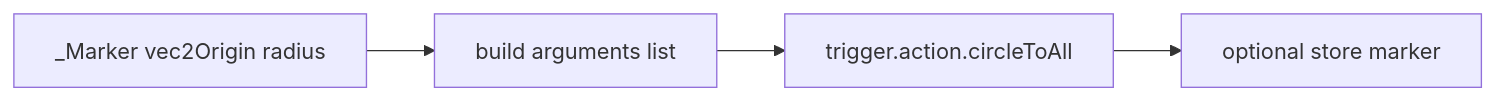
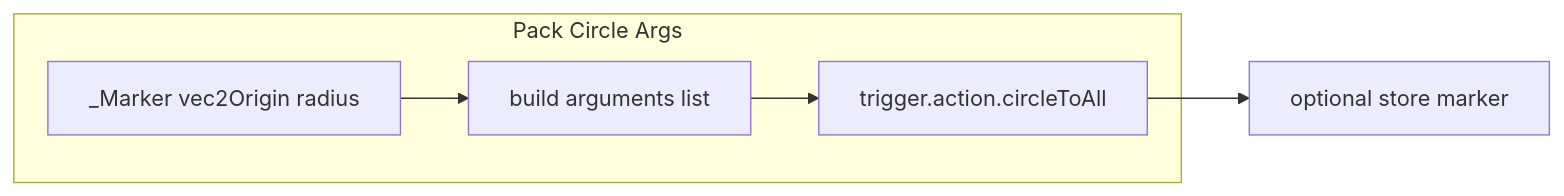
Before and after one commit to Gh0st352/AETHR: the fourth of 6 diagrams in docs/markers/README.md, drawn with Mermaid. The commit also changed other lines of this file and 4 other files, not shown here.

First line of the commit message:
docs(markers): reorganize Mermaid diagrams into subgraphs

````diff
--- a/docs/markers/README.md
+++ b/docs/markers/README.md
@@ -61,7 +84,13 @@
 ```mermaid
 %% shared theme: docs/_mermaid/theme.json %%
 flowchart LR
-  IN3[_Marker vec2Origin radius] --> ARGS3[build arguments list]
-  ARGS3 --> CALL3[trigger.action.circleToAll]
+  subgraph "Pack Circle Args"
+    IN3[_Marker vec2Origin radius] --> ARGS3[build arguments list]
+    ARGS3 --> CALL3[trigger.action.circleToAll]
+  end
   CALL3 --> STORE3[optional store marker]
+  class IN3 class_data;
+  class ARGS3 class_compute;
+  class CALL3 class_io;
+  class STORE3 class_step;
 ```
````
